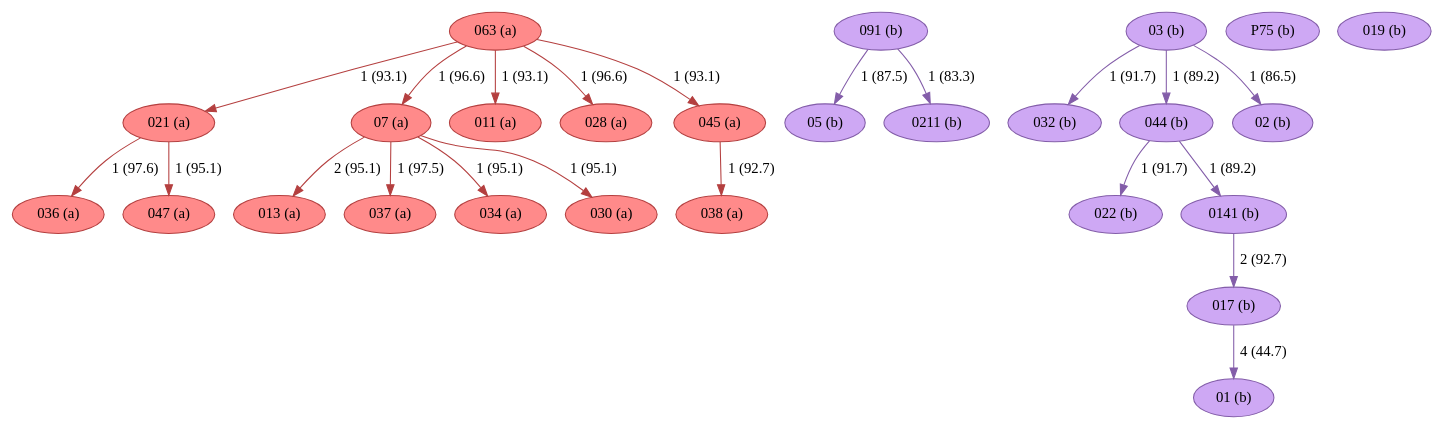
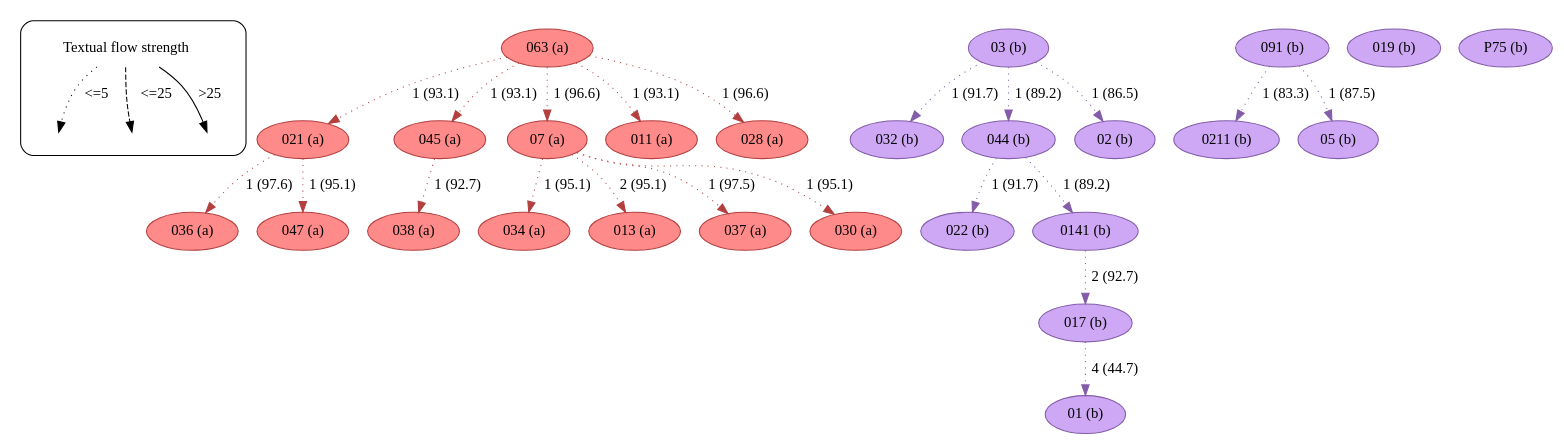
One commit to edmondac/CBGM changed the diagram in example/c499/textual_flow_22_76_c499.dot. Above: the diagram before and after it, drawn with Graphviz. The commit also changed 167 other files, not shown here.

```diff
--- a/example/c499/textual_flow_22_76_c499.dot
+++ b/example/c499/textual_flow_22_76_c499.dot
@@ -1,49 +1,193 @@
-strict digraph G {
-"013 (a)" [fillcolor="#FF8A8A", color="#b43f3f", style=filled];
-"05 (b)" [fillcolor="#CEA8F4", color="#835da9", style=filled];
-"021 (a)" [fillcolor="#FF8A8A", color="#b43f3f", style=filled];
-"037 (a)" [fillcolor="#FF8A8A", color="#b43f3f", style=filled];
-"017 (b)" [fillcolor="#CEA8F4", color="#835da9", style=filled];
-"036 (a)" [fillcolor="#FF8A8A", color="#b43f3f", style=filled];
-"07 (a)" [fillcolor="#FF8A8A", color="#b43f3f", style=filled];
-"091 (b)" [fillcolor="#CEA8F4", color="#835da9", style=filled];
-"022 (b)" [fillcolor="#CEA8F4", color="#835da9", style=filled];
-"034 (a)" [fillcolor="#FF8A8A", color="#b43f3f", style=filled];
-"0211 (b)" [fillcolor="#CEA8F4", color="#835da9", style=filled];
-"032 (b)" [fillcolor="#CEA8F4", color="#835da9", style=filled];
-"044 (b)" [fillcolor="#CEA8F4", color="#835da9", style=filled];
-"011 (a)" [fillcolor="#FF8A8A", color="#b43f3f", style=filled];
-"038 (a)" [fillcolor="#FF8A8A", color="#b43f3f", style=filled];
-"01 (b)" [fillcolor="#CEA8F4", color="#835da9", style=filled];
-"030 (a)" [fillcolor="#FF8A8A", color="#b43f3f", style=filled];
-"028 (a)" [fillcolor="#FF8A8A", color="#b43f3f", style=filled];
-"P75 (b)" [fillcolor="#CEA8F4", color="#835da9", style=filled];
-"045 (a)" [fillcolor="#FF8A8A", color="#b43f3f", style=filled];
-"019 (b)" [fillcolor="#CEA8F4", color="#835da9", style=filled];
-"047 (a)" [fillcolor="#FF8A8A", color="#b43f3f", style=filled];
-"0141 (b)" [fillcolor="#CEA8F4", color="#835da9", style=filled];
-"03 (b)" [fillcolor="#CEA8F4", color="#835da9", style=filled];
-"063 (a)" [fillcolor="#FF8A8A", color="#b43f3f", style=filled];
-"02 (b)" [fillcolor="#CEA8F4", color="#835da9", style=filled];
-"021 (a)" -> "036 (a)"  [color="#b43f3f", label="1 (97.6)"];
-"021 (a)" -> "047 (a)"  [color="#b43f3f", label="1 (95.1)"];
-"017 (b)" -> "01 (b)"  [color="#835da9", label="4 (44.7)"];
-"07 (a)" -> "013 (a)"  [color="#b43f3f", label="2 (95.1)"];
-"07 (a)" -> "034 (a)"  [color="#b43f3f", label="1 (95.1)"];
-"07 (a)" -> "037 (a)"  [color="#b43f3f", label="1 (97.5)"];
-"07 (a)" -> "030 (a)"  [color="#b43f3f", label="1 (95.1)"];
-"091 (b)" -> "05 (b)"  [color="#835da9", label="1 (87.5)"];
-"091 (b)" -> "0211 (b)"  [color="#835da9", label="1 (83.3)"];
-"044 (b)" -> "022 (b)"  [color="#835da9", label="1 (91.7)"];
-"044 (b)" -> "0141 (b)"  [color="#835da9", label="1 (89.2)"];
-"045 (a)" -> "038 (a)"  [color="#b43f3f", label="1 (92.7)"];
-"0141 (b)" -> "017 (b)"  [color="#835da9", label="2 (92.7)"];
-"03 (b)" -> "032 (b)"  [color="#835da9", label="1 (91.7)"];
-"03 (b)" -> "02 (b)"  [color="#835da9", label="1 (86.5)"];
-"03 (b)" -> "044 (b)"  [color="#835da9", label="1 (89.2)"];
-"063 (a)" -> "045 (a)"  [color="#b43f3f", label="1 (93.1)"];
-"063 (a)" -> "028 (a)"  [color="#b43f3f", label="1 (96.6)"];
-"063 (a)" -> "011 (a)"  [color="#b43f3f", label="1 (93.1)"];
-"063 (a)" -> "07 (a)"  [color="#b43f3f", label="1 (96.6)"];
-"063 (a)" -> "021 (a)"  [color="#b43f3f", label="1 (93.1)"];
+strict digraph  {
+	node [label="\N"];
+	subgraph cluster_legend {
+		graph [style=rounded];
+		leg_s		 [label="Textual flow strength",
+			shape=plaintext];
+		leg_e1		 [fixedsize=True,
+			height=0.2,
+			label="",
+			style=invis];
+		leg_s -> leg_e1		 [label="<=5  ",
+			style=dotted];
+		leg_e2		 [fixedsize=True,
+			height=0.2,
+			label="",
+			style=invis];
+		leg_s -> leg_e2		 [label="  <=25",
+			style=dashed];
+		leg_e3		 [fixedsize=True,
+			height=0.2,
+			label="",
+			style=invis];
+		leg_s -> leg_e3		 [label=">25",
+			style=solid];
+	}
+	021	 [color="#b43f3f",
+		fillcolor="#FF8A8A",
+		label="021 (a)",
+		style=filled];
+	036	 [color="#b43f3f",
+		fillcolor="#FF8A8A",
+		label="036 (a)",
+		style=filled];
+	021 -> 036	 [color="#b43f3f",
+		label="1 (97.6)",
+		style=dotted];
+	047	 [color="#b43f3f",
+		fillcolor="#FF8A8A",
+		label="047 (a)",
+		style=filled];
+	021 -> 047	 [color="#b43f3f",
+		label="1 (95.1)",
+		style=dotted];
+	063	 [color="#b43f3f",
+		fillcolor="#FF8A8A",
+		label="063 (a)",
+		style=filled];
+	063 -> 021	 [color="#b43f3f",
+		label="1 (93.1)",
+		style=dotted];
+	045	 [color="#b43f3f",
+		fillcolor="#FF8A8A",
+		label="045 (a)",
+		style=filled];
+	063 -> 045	 [color="#b43f3f",
+		label="1 (93.1)",
+		style=dotted];
+	07	 [color="#b43f3f",
+		fillcolor="#FF8A8A",
+		label="07 (a)",
+		style=filled];
+	063 -> 07	 [color="#b43f3f",
+		label="1 (96.6)",
+		style=dotted];
+	011	 [color="#b43f3f",
+		fillcolor="#FF8A8A",
+		label="011 (a)",
+		style=filled];
+	063 -> 011	 [color="#b43f3f",
+		label="1 (93.1)",
+		style=dotted];
+	028	 [color="#b43f3f",
+		fillcolor="#FF8A8A",
+		label="028 (a)",
+		style=filled];
+	063 -> 028	 [color="#b43f3f",
+		label="1 (96.6)",
+		style=dotted];
+	038	 [color="#b43f3f",
+		fillcolor="#FF8A8A",
+		label="038 (a)",
+		style=filled];
+	045 -> 038	 [color="#b43f3f",
+		label="1 (92.7)",
+		style=dotted];
+	034	 [color="#b43f3f",
+		fillcolor="#FF8A8A",
+		label="034 (a)",
+		style=filled];
+	07 -> 034	 [color="#b43f3f",
+		label="1 (95.1)",
+		style=dotted];
+	013	 [color="#b43f3f",
+		fillcolor="#FF8A8A",
+		label="013 (a)",
+		style=filled];
+	07 -> 013	 [color="#b43f3f",
+		label="2 (95.1)",
+		style=dotted];
+	037	 [color="#b43f3f",
+		fillcolor="#FF8A8A",
+		label="037 (a)",
+		style=filled];
+	07 -> 037	 [color="#b43f3f",
+		label="1 (97.5)",
+		style=dotted];
+	030	 [color="#b43f3f",
+		fillcolor="#FF8A8A",
+		label="030 (a)",
+		style=filled];
+	07 -> 030	 [color="#b43f3f",
+		label="1 (95.1)",
+		style=dotted];
+	03	 [color="#835da9",
+		fillcolor="#CEA8F4",
+		label="03 (b)",
+		style=filled];
+	032	 [color="#835da9",
+		fillcolor="#CEA8F4",
+		label="032 (b)",
+		style=filled];
+	03 -> 032	 [color="#835da9",
+		label="1 (91.7)",
+		style=dotted];
+	044	 [color="#835da9",
+		fillcolor="#CEA8F4",
+		label="044 (b)",
+		style=filled];
+	03 -> 044	 [color="#835da9",
+		label="1 (89.2)",
+		style=dotted];
+	02	 [color="#835da9",
+		fillcolor="#CEA8F4",
+		label="02 (b)",
+		style=filled];
+	03 -> 02	 [color="#835da9",
+		label="1 (86.5)",
+		style=dotted];
+	022	 [color="#835da9",
+		fillcolor="#CEA8F4",
+		label="022 (b)",
+		style=filled];
+	044 -> 022	 [color="#835da9",
+		label="1 (91.7)",
+		style=dotted];
+	0141	 [color="#835da9",
+		fillcolor="#CEA8F4",
+		label="0141 (b)",
+		style=filled];
+	044 -> 0141	 [color="#835da9",
+		label="1 (89.2)",
+		style=dotted];
+	017	 [color="#835da9",
+		fillcolor="#CEA8F4",
+		label="017 (b)",
+		style=filled];
+	0141 -> 017	 [color="#835da9",
+		label="2 (92.7)",
+		style=dotted];
+	091	 [color="#835da9",
+		fillcolor="#CEA8F4",
+		label="091 (b)",
+		style=filled];
+	0211	 [color="#835da9",
+		fillcolor="#CEA8F4",
+		label="0211 (b)",
+		style=filled];
+	091 -> 0211	 [color="#835da9",
+		label="1 (83.3)",
+		style=dotted];
+	05	 [color="#835da9",
+		fillcolor="#CEA8F4",
+		label="05 (b)",
+		style=filled];
+	091 -> 05	 [color="#835da9",
+		label="1 (87.5)",
+		style=dotted];
+	01	 [color="#835da9",
+		fillcolor="#CEA8F4",
+		label="01 (b)",
+		style=filled];
+	017 -> 01	 [color="#835da9",
+		label="4 (44.7)",
+		style=dotted];
+	019	 [color="#835da9",
+		fillcolor="#CEA8F4",
+		label="019 (b)",
+		style=filled];
+	P75	 [color="#835da9",
+		fillcolor="#CEA8F4",
+		label="P75 (b)",
+		style=filled];
 }
```
